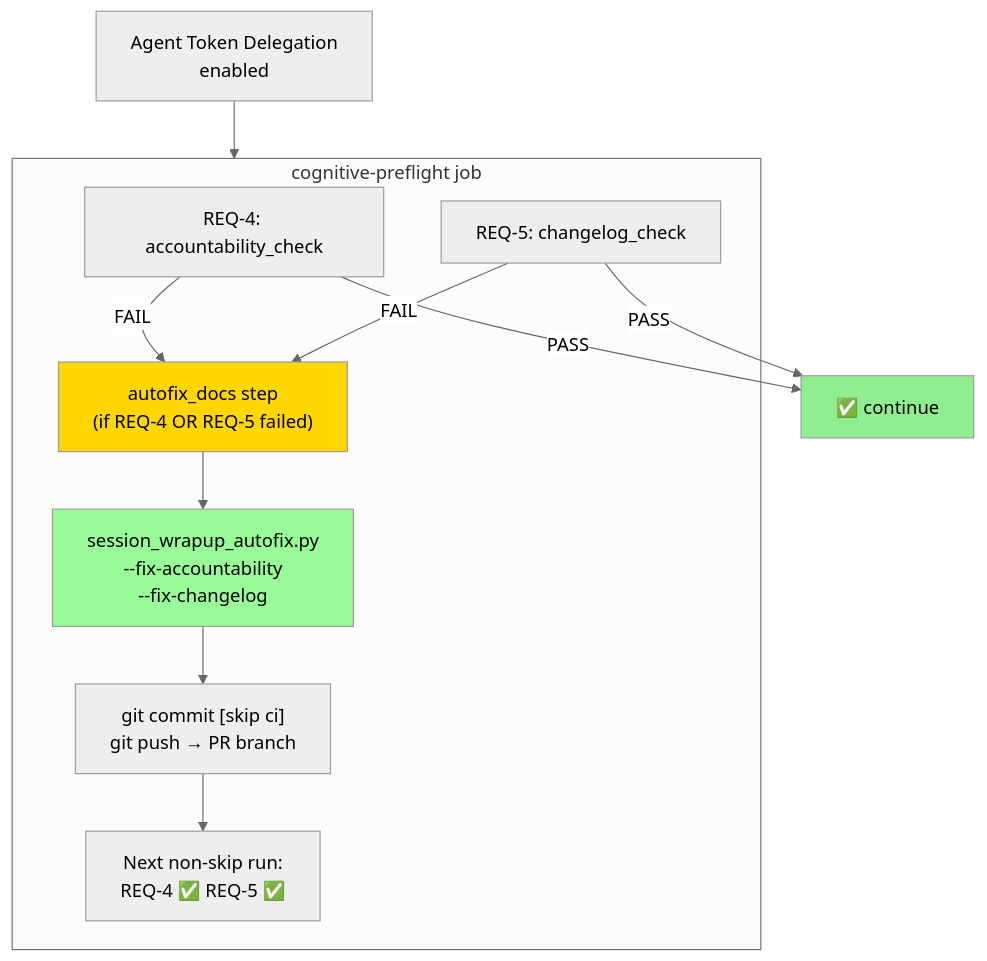
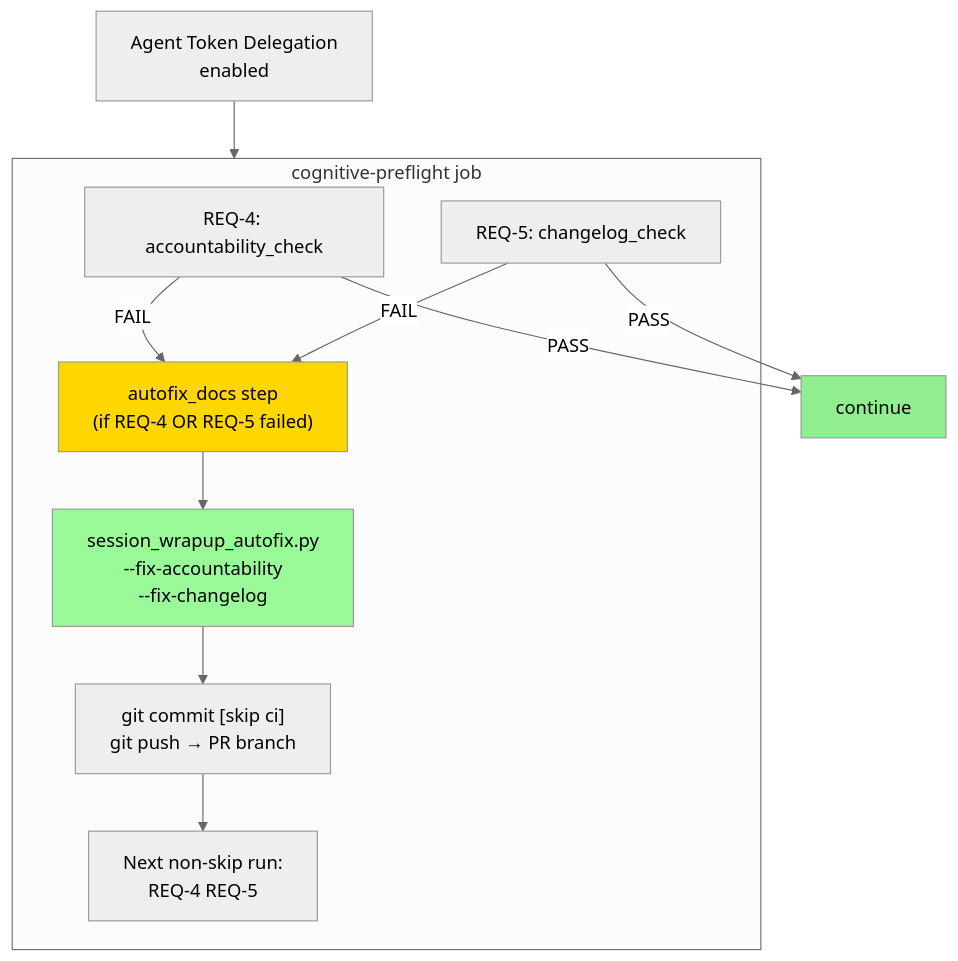
One commit to Aries-Serpent/_codex_ changed the second of 2 diagrams in docs/cognitive_brain/status/COGNITIVE_BRAIN_STATUS_PR3575.md. Above: the diagram before and after it, drawn with Mermaid (neutral theme). The commit also changed other lines of this file and 2029 other files, not shown here.

````diff
--- a/docs/cognitive_brain/status/COGNITIVE_BRAIN_STATUS_PR3575.md
+++ b/docs/cognitive_brain/status/COGNITIVE_BRAIN_STATUS_PR3575.md
@@ -91,23 +93,23 @@
 ```mermaid
 %%{init: {'accessibility': {'title': 'Flowchart showing "Agent Token Delegation\nenabled", "cognitive-preflight job"'}}%%
 flowchart TD
     ATD["Agent Token Delegation\nenabled"] --> CPF
 
     subgraph CPF["cognitive-preflight job"]
         R4["REQ-4: accountability_check"]
         R5["REQ-5: changelog_check"]
         AFX["autofix_docs step\n(if REQ-4 OR REQ-5 failed)"]
         R4 -->|FAIL| AFX
         R5 -->|FAIL| AFX
         AFX --> FIX["session_wrapup_autofix.py\n--fix-accountability\n--fix-changelog"]
         FIX --> PUSH["git commit [skip ci]\ngit push → PR branch"]
-        PUSH --> NEXT["Next non-skip run:\nREQ-4 ✅ REQ-5 ✅"]
+        PUSH --> NEXT["Next non-skip run:\nREQ-4  REQ-5 "]
     end
 
-    R4 -->|PASS| DONE["✅ continue"]
+    R4 -->|PASS| DONE[" continue"]
     R5 -->|PASS| DONE
 
     style AFX fill:#ffd700
     style FIX fill:#98fb98
     style DONE fill:#90EE90
 ```
````
